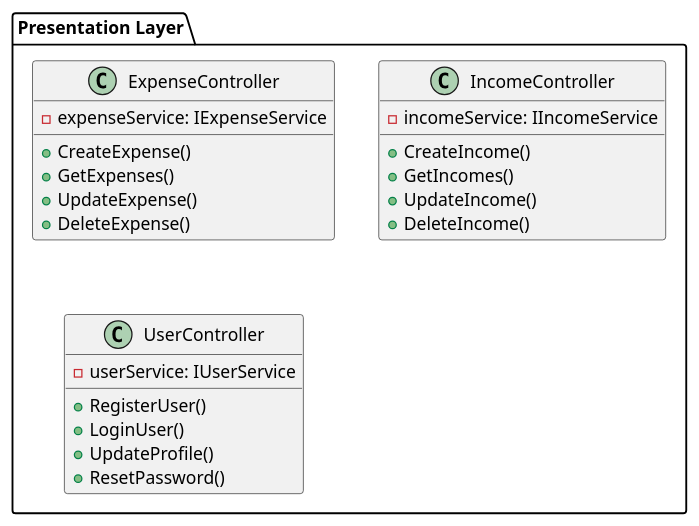
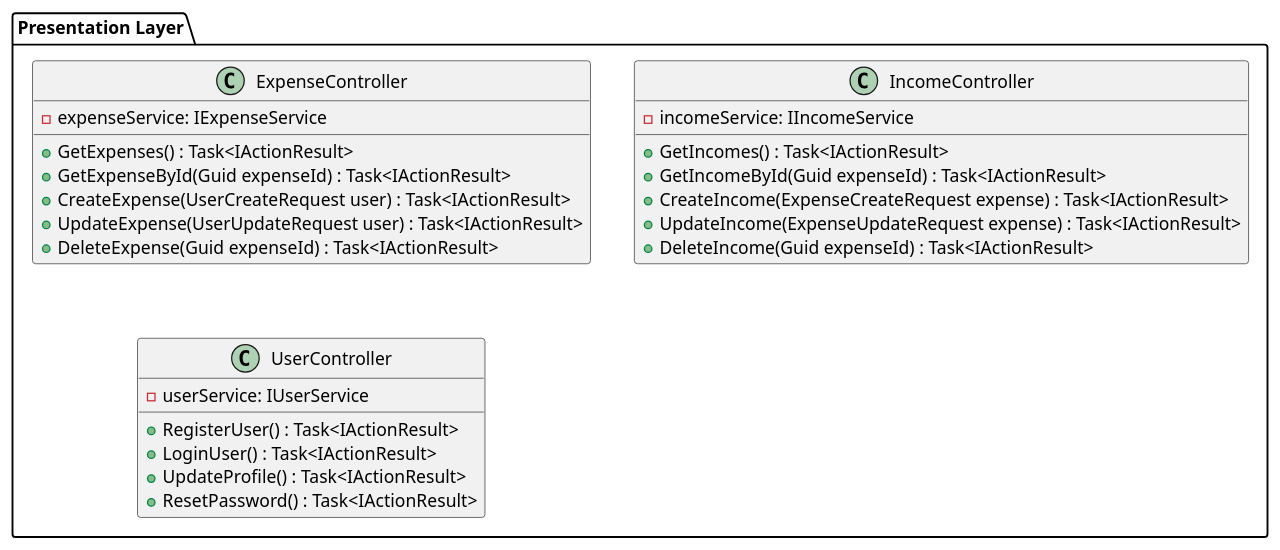
Before and after one commit to programacion-6/ExpenseTrackerGrupo2: the diagram in docs/uml/presentation.puml, drawn with PlantUML.

Commit message:
docs: update controller functions

```diff
--- a/docs/uml/presentation.puml
+++ b/docs/uml/presentation.puml
@@ -1,29 +1,31 @@
 @startuml Presentation
 
 package "Presentation Layer" {
     class ExpenseController {
         - expenseService: IExpenseService
-        + CreateExpense()
-        + GetExpenses()
-        + UpdateExpense()
-        + DeleteExpense()
+        + GetExpenses() : Task<IActionResult>
+        + GetExpenseById(Guid expenseId) : Task<IActionResult>
+        + CreateExpense(UserCreateRequest user) : Task<IActionResult>
+        + UpdateExpense(UserUpdateRequest user) : Task<IActionResult>
+        + DeleteExpense(Guid expenseId) : Task<IActionResult>
     }
 
     class IncomeController {
         - incomeService: IIncomeService
-        + CreateIncome()
-        + GetIncomes()
-        + UpdateIncome()
-        + DeleteIncome()
+        + GetIncomes() : Task<IActionResult>
+        + GetIncomeById(Guid expenseId) : Task<IActionResult>
+        + CreateIncome(ExpenseCreateRequest expense) : Task<IActionResult>
+        + UpdateIncome(ExpenseUpdateRequest expense) : Task<IActionResult>
+        + DeleteIncome(Guid expenseId) : Task<IActionResult>
     }
 
     class UserController {
         - userService: IUserService
-        + RegisterUser()
-        + LoginUser()
-        + UpdateProfile()
-        + ResetPassword()
+        + RegisterUser() : Task<IActionResult>
+        + LoginUser() : Task<IActionResult>
+        + UpdateProfile() : Task<IActionResult>
+        + ResetPassword() : Task<IActionResult>
     }
 }
 
 @enduml
```
